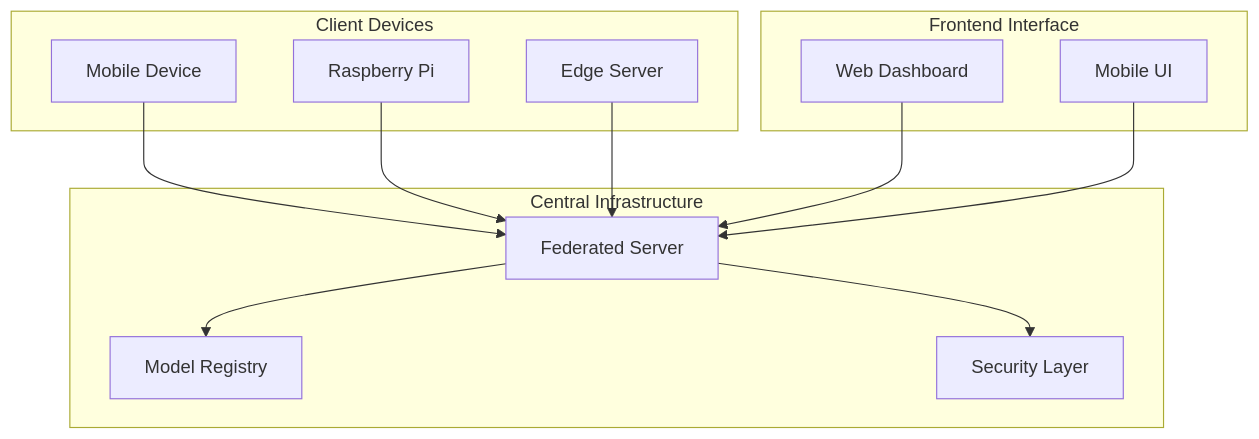
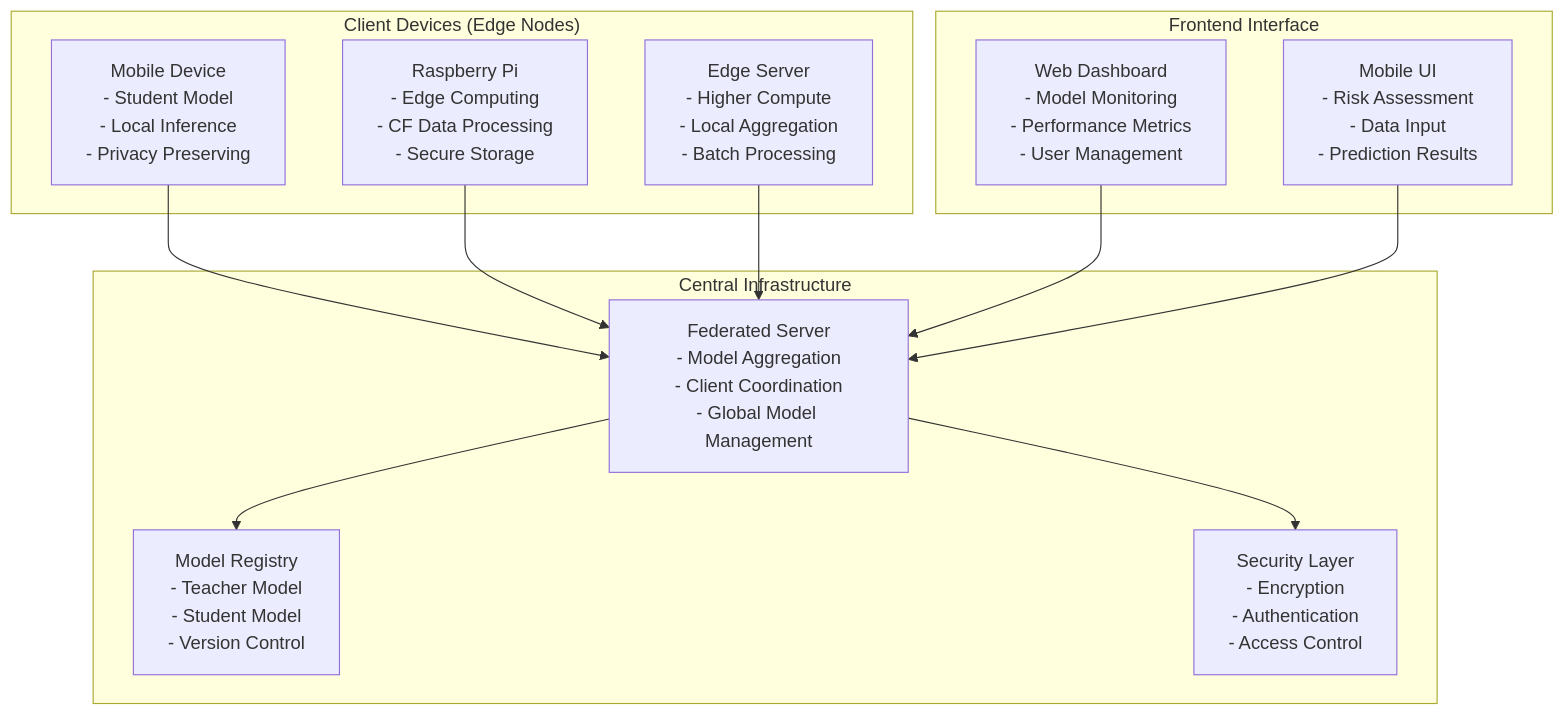
The first of 17 diagrams in DIAGRAMS.md (prathameshatkare/Final_Cystic_fibrosis_project), drawn with Mermaid before and after one commit. The commit also changed other lines of this file, not shown here.

Commit message:
diagrams

````diff
--- a/DIAGRAMS.md
+++ b/DIAGRAMS.md
@@ -5,27 +7,27 @@
 ```mermaid
 graph TB
-    subgraph "Client Devices"
-        A1[Mobile Device]
-        A2[Raspberry Pi]
-        A3[Edge Server]
+    subgraph "Client Devices (Edge Nodes)"
+        A1[Mobile Device<br/>- Student Model<br/>- Local Inference<br/>- Privacy Preserving]
+        A2[Raspberry Pi<br/>- Edge Computing<br/>- CF Data Processing<br/>- Secure Storage]
+        A3[Edge Server<br/>- Higher Compute<br/>- Local Aggregation<br/>- Batch Processing]
     end
     
     subgraph "Central Infrastructure"
-        B1[Federated Server]
-        B2[Model Registry]
-        B3[Security Layer]
+        B1[Federated Server<br/>- Model Aggregation<br/>- Client Coordination<br/>- Global Model Management]
+        B2[Model Registry<br/>- Teacher Model<br/>- Student Model<br/>- Version Control]
+        B3[Security Layer<br/>- Encryption<br/>- Authentication<br/>- Access Control]
     end
     
     subgraph "Frontend Interface"
-        C1[Web Dashboard]
-        C2[Mobile UI]
+        C1[Web Dashboard<br/>- Model Monitoring<br/>- Performance Metrics<br/>- User Management]
+        C2[Mobile UI<br/>- Risk Assessment<br/>- Data Input<br/>- Prediction Results]
     end
     
     A1 --> B1
     A2 --> B1
     A3 --> B1
     B1 --> B2
     B1 --> B3
     C1 --> B1
     C2 --> B1
 ```
````
